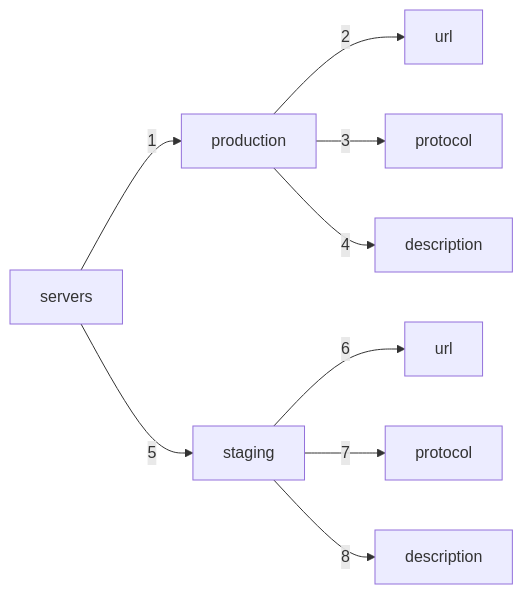
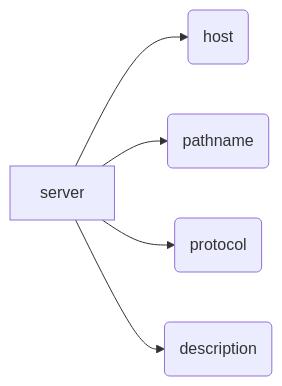
Before and after one commit to asyncapi/website: the third of 6 diagrams in pages/docs/concepts/asyncapi-document/structure.md, drawn with Mermaid. The commit also changed other lines of this file, not shown here.

````diff
--- a/pages/docs/concepts/asyncapi-document/structure.md
+++ b/pages/docs/concepts/asyncapi-document/structure.md
@@ -107,21 +107,13 @@
 ```mermaid
 graph LR
-A[servers]
-B[production]
-C[url]
-D[protocol]
-E[description]
-F[staging]
-G[url]
-H[protocol]
-I[description]
+  A[server]
+  B(host)
+  C(pathname)
+  D(protocol)
+  E(description)
 
-A -->|1| B
-B -->|2| C
-B -->|3| D
-B -->|4| E
-A -->|5| F
-F -->|6| G
-F -->|7| H
-F -->|8| I
+  A --> B
+  A --> C
+  A --> D
+  A --> E
 ```
````
